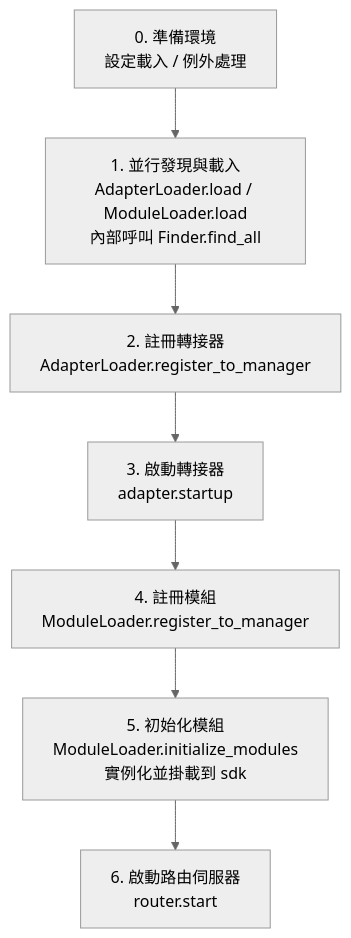
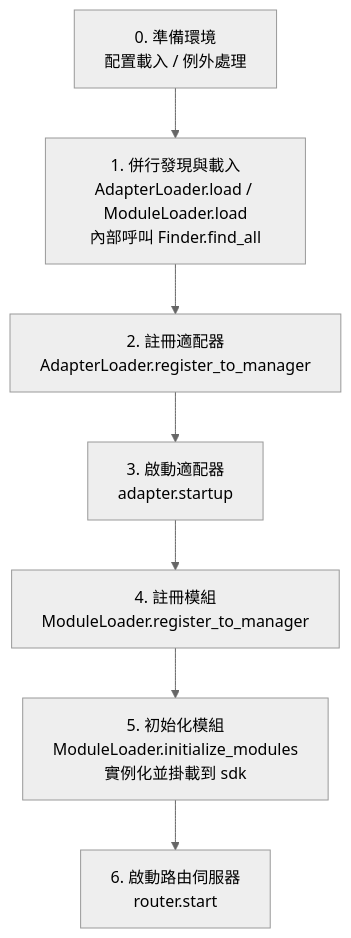
The diagram in docs/zh-TW/advanced/startup.md (ErisPulse/ErisPulse), drawn with Mermaid (neutral theme) before and after one commit. The commit also changed other lines of this file and 124 other files, not shown here.

````diff
--- a/docs/zh-TW/advanced/startup.md
+++ b/docs/zh-TW/advanced/startup.md
@@ -31,10 +31,10 @@
 ```mermaid
 flowchart TD
-    A[0. 準備環境<br/>設定載入 / 例外處理] --> B
-    B[1. 並行發現與載入<br/>AdapterLoader.load / ModuleLoader.load<br/>內部呼叫 Finder.find_all] --> C
-    C[2. 註冊轉接器<br/>AdapterLoader.register_to_manager] --> D
-    D[3. 啟動轉接器<br/>adapter.startup] --> E
+    A[0. 準備環境<br/>配置載入 / 例外處理] --> B
+    B[1. 併行發現與載入<br/>AdapterLoader.load / ModuleLoader.load<br/>內部呼叫 Finder.find_all] --> C
+    C[2. 註冊適配器<br/>AdapterLoader.register_to_manager] --> D
+    D[3. 啟動適配器<br/>adapter.startup] --> E
     E[4. 註冊模組<br/>ModuleLoader.register_to_manager] --> F
     F[5. 初始化模組<br/>ModuleLoader.initialize_modules<br/>實例化並掛載到 sdk] --> G
     G[6. 啟動路由伺服器<br/>router.start]
 ```
````
